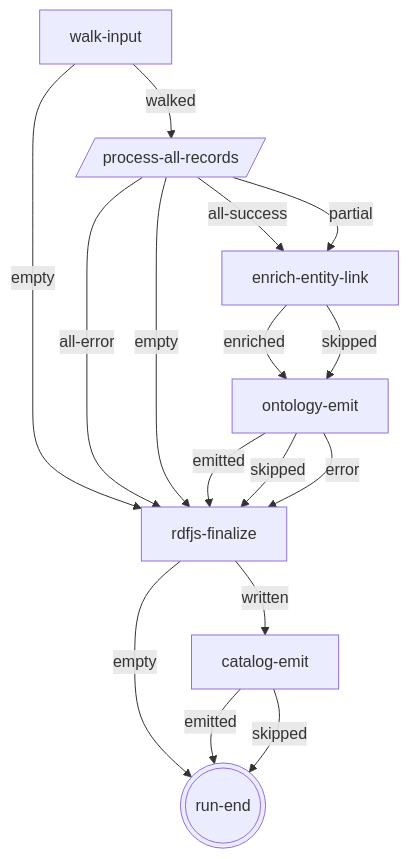
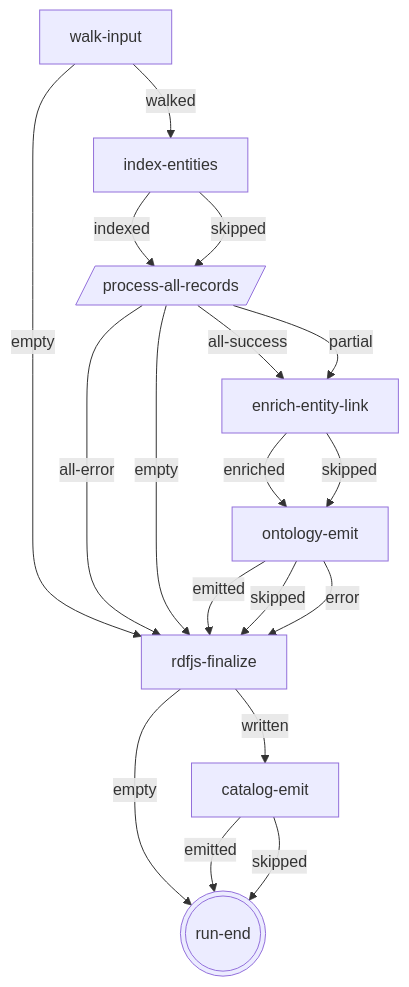
The diagram in docs/architecture/dags/squashage-run.md (Studnicky/Squashage), drawn with Mermaid before and after one commit. The commit also changed 12 other files, not shown here.

````diff
--- a/docs/architecture/dags/squashage-run.md
+++ b/docs/architecture/dags/squashage-run.md
@@ -7,27 +7,30 @@
 ```mermaid
 flowchart TB
   %% squashage:run (v1.0)
   walk-input
   walk-input[walk-input]
-  walk-input -->|walked| process-all-records
+  walk-input -->|walked| index-entities
   walk-input -->|empty| rdfjs-finalize
+  index-entities[index-entities]
+  index-entities -->|indexed| process-all-records
+  index-entities -->|skipped| process-all-records
   process-all-records[/process-all-records/]
   process-all-records -->|all-success| enrich-entity-link
   process-all-records -->|partial| enrich-entity-link
   process-all-records -->|all-error| rdfjs-finalize
   process-all-records -->|empty| rdfjs-finalize
   enrich-entity-link[enrich-entity-link]
   enrich-entity-link -->|enriched| ontology-emit
   enrich-entity-link -->|skipped| ontology-emit
   ontology-emit[ontology-emit]
   ontology-emit -->|emitted| rdfjs-finalize
   ontology-emit -->|skipped| rdfjs-finalize
   ontology-emit -->|error| rdfjs-finalize
   rdfjs-finalize[rdfjs-finalize]
   rdfjs-finalize -->|written| catalog-emit
   rdfjs-finalize -->|empty| run-end
   catalog-emit[catalog-emit]
   catalog-emit -->|emitted| run-end
   catalog-emit -->|skipped| run-end
   run-end(((run-end)))
 ```
````
